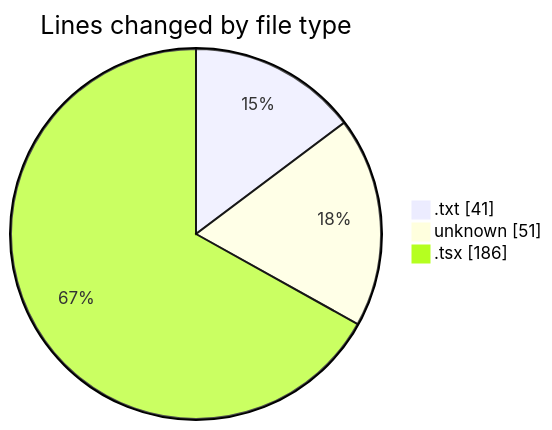
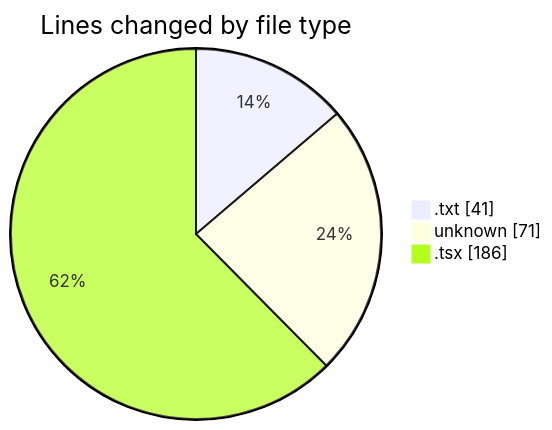
Before and after one commit to CELIANVF/code-tracking: the first of 2 diagrams in 2025-05-22/ecodeli-1/README.md, drawn with Mermaid. The commit also changed other lines of this file and 1 other file, not shown here.

````diff
--- a/2025-05-22/ecodeli-1/README.md
+++ b/2025-05-22/ecodeli-1/README.md
@@ -23,7 +23,7 @@
 ```mermaid
 pie showData
 title Lines changed by file type
 ".txt" : 41
-"unknown" : 51
+"unknown" : 71
 ".tsx" : 186
 ```
````
